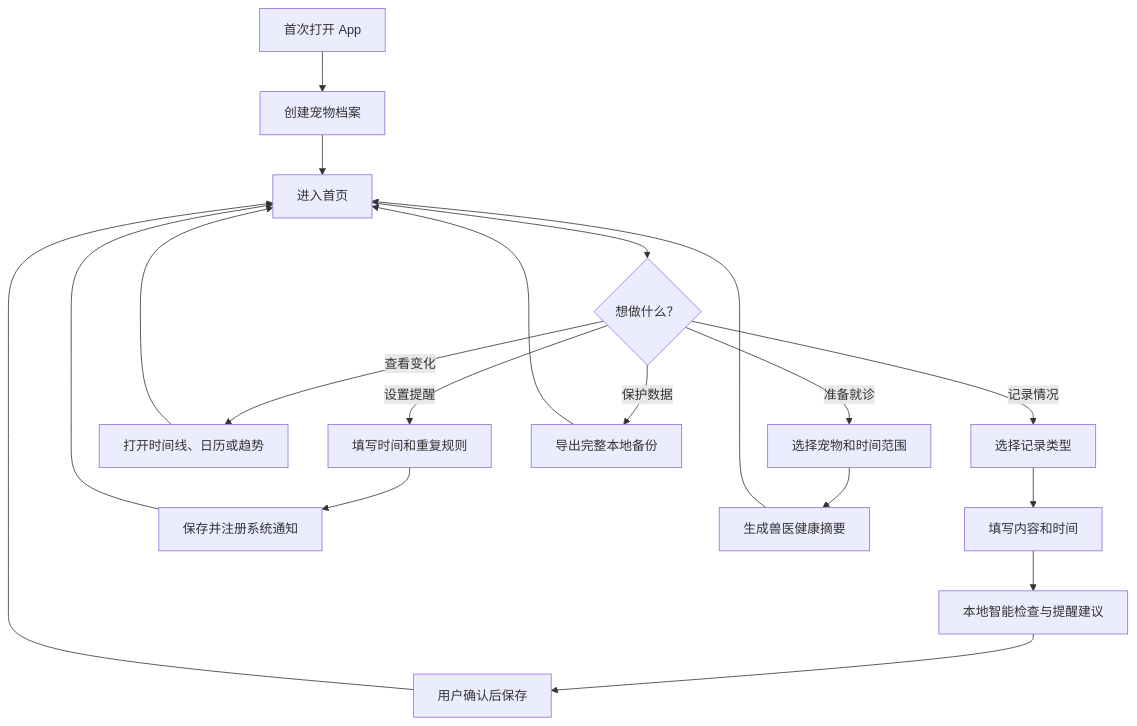
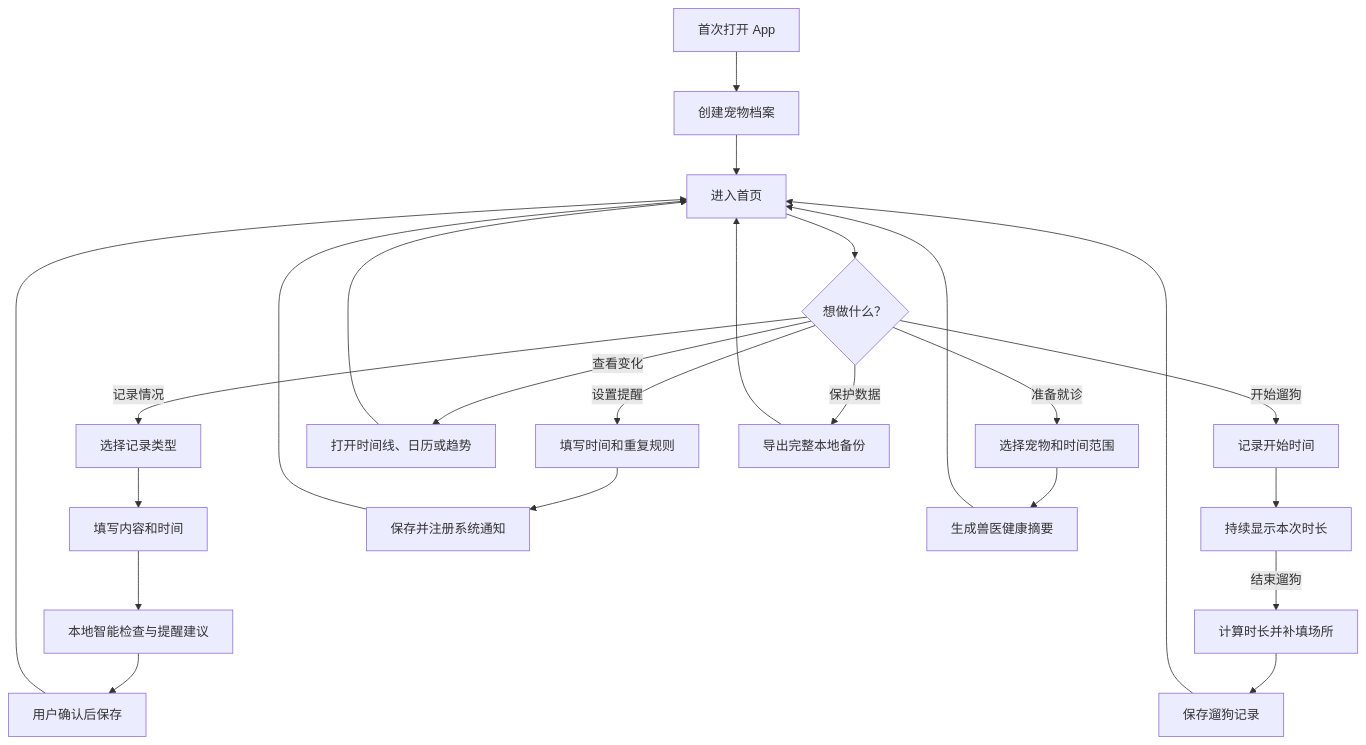
The first of 7 diagrams in PROJECT_BLUEPRINT.md (Q-LL/pet-health), drawn with Mermaid before and after one commit. The commit also changed other lines of this file and 8 other files, not shown here.

````diff
--- a/PROJECT_BLUEPRINT.md
+++ b/PROJECT_BLUEPRINT.md
@@ -45,21 +45,26 @@
 ```mermaid
 flowchart TD
     A["首次打开 App"] --> B["创建宠物档案"]
     B --> C["进入首页"]
     C --> D{"想做什么？"}
     D -->|记录情况| E["选择记录类型"]
     E --> F["填写内容和时间"]
     F --> G["本地智能检查与提醒建议"]
     G --> H["用户确认后保存"]
     H --> C
+    D -->|开始遛狗| W1["记录开始时间"]
+    W1 --> W2["持续显示本次时长"]
+    W2 -->|结束遛狗| W3["计算时长并补填场所"]
+    W3 --> W4["保存遛狗记录"]
+    W4 --> C
     D -->|设置提醒| I["填写时间和重复规则"]
     I --> J["保存并注册系统通知"]
     J --> C
     D -->|查看变化| K["打开时间线、日历或趋势"]
     K --> C
     D -->|准备就诊| L["选择宠物和时间范围"]
     L --> M["生成兽医健康摘要"]
     M --> C
     D -->|保护数据| N["导出完整本地备份"]
     N --> C
 ```
````
